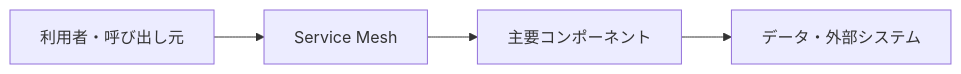
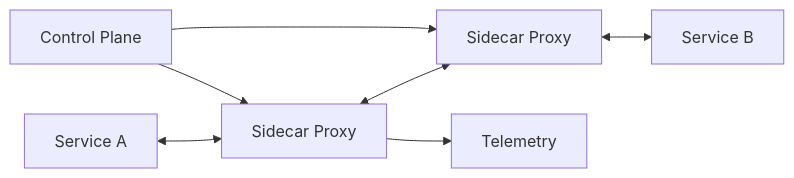
The diagram in docs/インフラ・運用系/サービスメッシュ.md (t-shirayama/architecture-notes), drawn with Mermaid before and after one commit. The commit also changed other lines of this file and 32 other files, not shown here.

Commit message:
docs: refine remaining architecture notes

````diff
--- a/docs/インフラ・運用系/サービスメッシュ.md
+++ b/docs/インフラ・運用系/サービスメッシュ.md
@@ -24,6 +28,9 @@
 ```mermaid
 flowchart LR
-    A[利用者・呼び出し元] --> B[Service Mesh]
-    B --> C[主要コンポーネント]
-    C --> D[データ・外部システム]
+    AppA[Service A] <--> ProxyA[Sidecar Proxy]
+    ProxyA <--> ProxyB[Sidecar Proxy]
+    ProxyB <--> AppB[Service B]
+    Control[Control Plane] --> ProxyA
+    Control --> ProxyB
+    ProxyA --> Telemetry[Telemetry]
 ```
````
